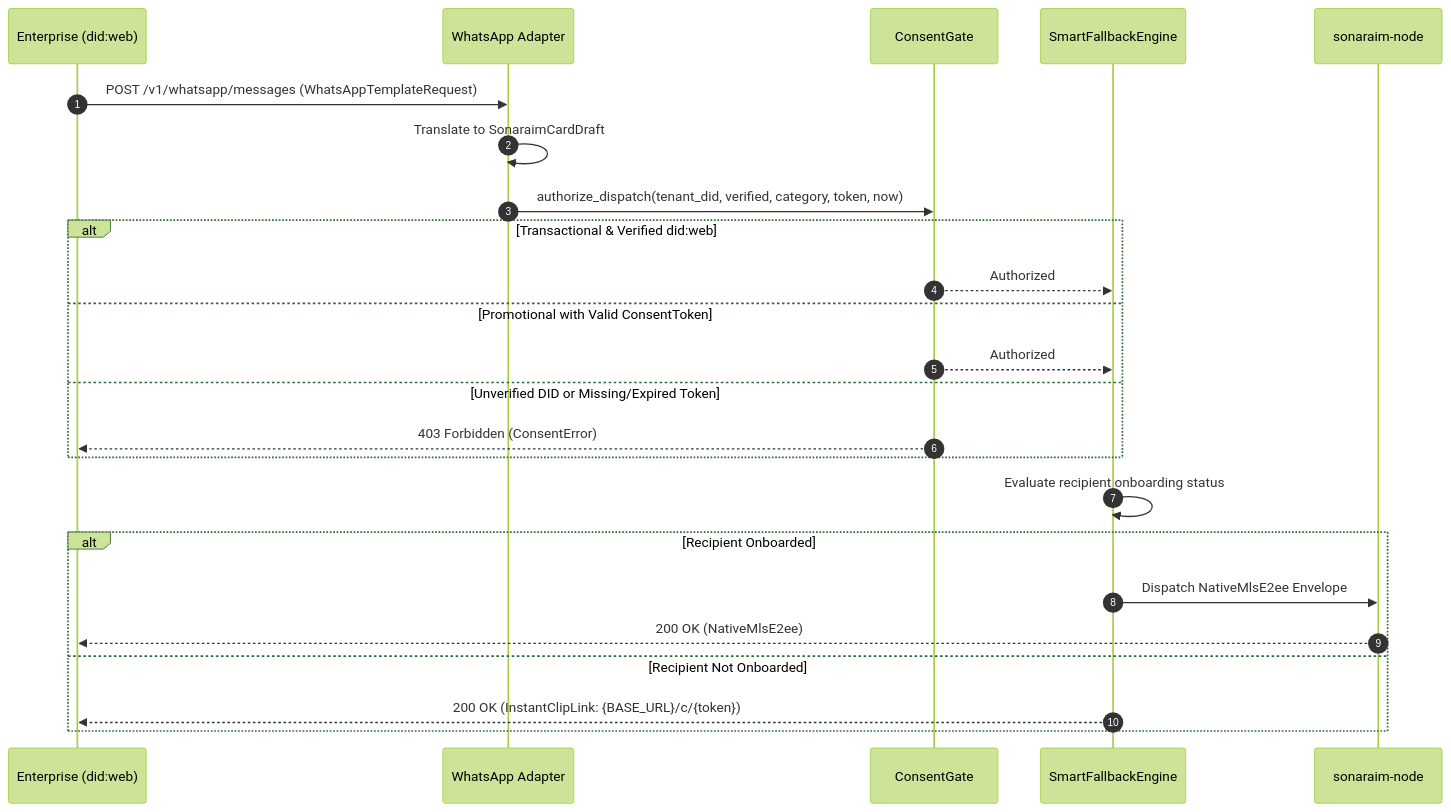
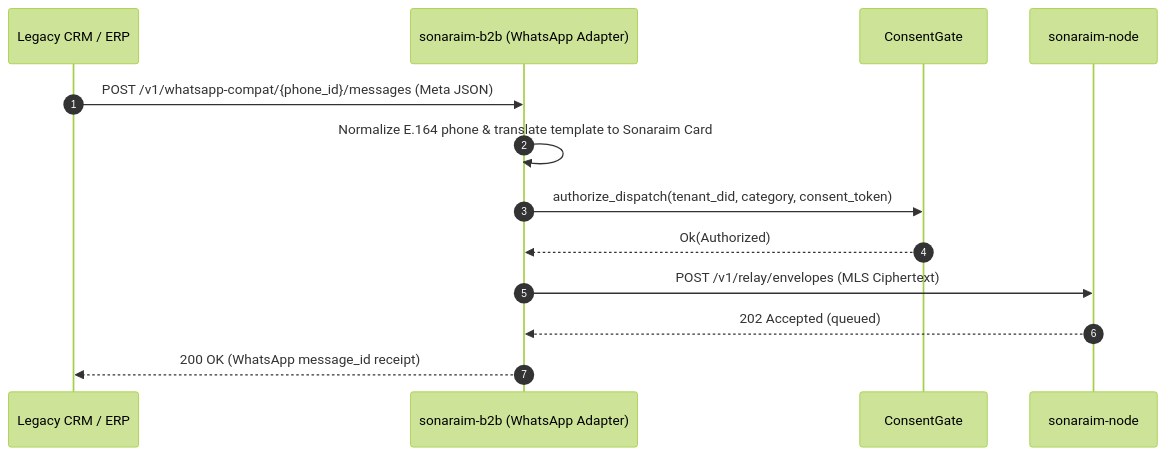
One commit to alfonsodg/sonaraim-b2b changed the first of 5 diagrams in docs/DIAGRAMS.md. Above: the diagram before and after it, drawn with Mermaid (forest theme). The commit also changed other lines of this file and 9 other files, not shown here.

````diff
--- a/docs/DIAGRAMS.md
+++ b/docs/DIAGRAMS.md
@@ -7,27 +9,16 @@
 ```mermaid
 sequenceDiagram
     autonumber
-    participant Ent as Enterprise (did:web)
-    participant WA as WhatsApp Adapter
-    participant CG as ConsentGate
-    participant SFE as SmartFallbackEngine
+    participant CRM as Legacy CRM / ERP
+    participant B2B as sonaraim-b2b (WhatsApp Adapter)
+    participant Gate as ConsentGate
     participant Node as sonaraim-node
 
-    Ent->>WA: POST /v1/whatsapp/messages (WhatsAppTemplateRequest)
-    WA->>WA: Translate to SonaraimCardDraft
-    WA->>CG: authorize_dispatch(tenant_did, verified, category, token, now)
-    alt Transactional & Verified did:web
-        CG-->>SFE: Authorized
-    else Promotional with Valid ConsentToken
-        CG-->>SFE: Authorized
-    else Unverified DID or Missing/Expired Token
-        CG-->>Ent: 403 Forbidden (ConsentError)
-    end
-    SFE->>SFE: Evaluate recipient onboarding status
-    alt Recipient Onboarded
-        SFE->>Node: Dispatch NativeMlsE2ee Envelope
-        Node-->>Ent: 200 OK (NativeMlsE2ee)
-    else Recipient Not Onboarded
-        SFE-->>Ent: 200 OK (InstantClipLink: {BASE_URL}/c/{token})
-    end
+    CRM->>B2B: POST /v1/whatsapp-compat/{phone_id}/messages (Meta JSON)
+    B2B->>B2B: Normalize E.164 phone & translate template to Sonaraim Card
+    B2B->>Gate: authorize_dispatch(tenant_did, category, consent_token)
+    Gate-->>B2B: Ok(Authorized)
+    B2B->>Node: POST /v1/relay/envelopes (MLS Ciphertext)
+    Node-->>B2B: 202 Accepted (queued)
+    B2B-->>CRM: 200 OK (WhatsApp message_id receipt)
 ```
````
